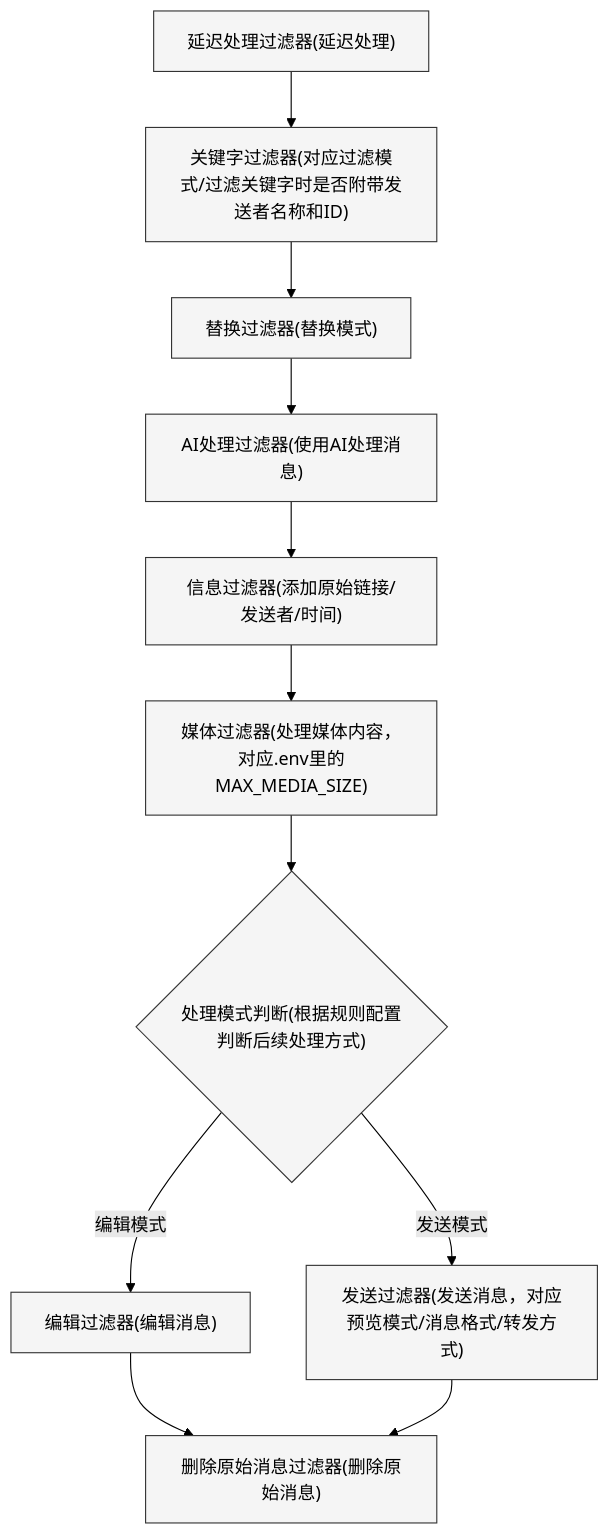
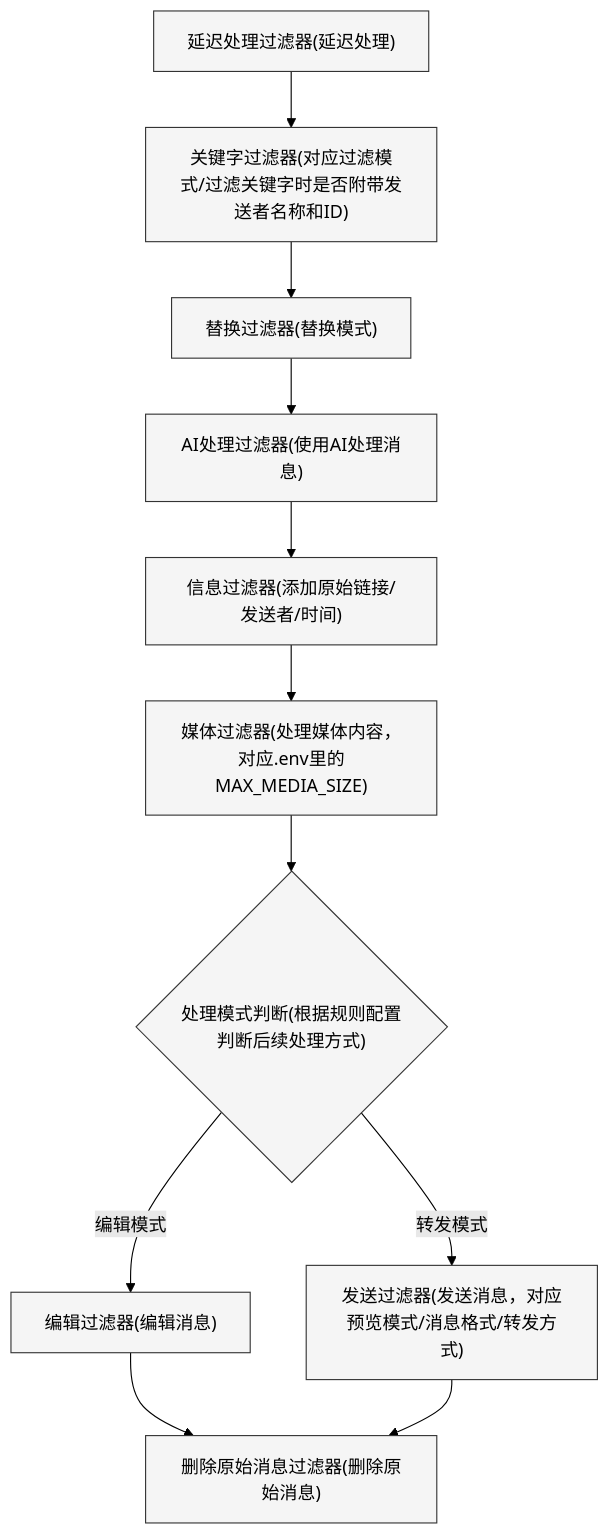
One commit to zhangnoter/TG changed the diagram in README.md. Above: the diagram before and after it, drawn with Mermaid (forest theme).

````diff
--- a/README.md
+++ b/README.md
@@ -271,18 +271,18 @@
 ```mermaid
 flowchart TD
     A["延迟处理过滤器(延迟处理)"] --> B["关键字过滤器(对应过滤模式/过滤关键字时是否附带发送者名称和ID)"]
     B --> C["替换过滤器(替换模式)"]
     C --> D["AI处理过滤器(使用AI处理消息)"]
     D --> E["信息过滤器(添加原始链接/发送者/时间)"]
     E --> F["媒体过滤器(处理媒体内容，对应.env里的MAX_MEDIA_SIZE)"]
     F --> J{"处理模式判断(根据规则配置判断后续处理方式)"}
     J -->|编辑模式| G["编辑过滤器(编辑消息)"]
-    J -->|发送模式| H["发送过滤器(发送消息，对应预览模式/消息格式/转发方式)"]
+    J -->|转发模式| H["发送过滤器(发送消息，对应预览模式/消息格式/转发方式)"]
     G --> I["删除原始消息过滤器(删除原始消息)"]
     H --> I
 
     classDef filter fill:#f5f5f5,stroke:#333,stroke-width:1px;
     class A,B,C,D,E,F,G,H,I filter;
     classDef decision fill:#f5f5f5,stroke:#333,stroke-width:1px;
     class J decision;
 ```
````
